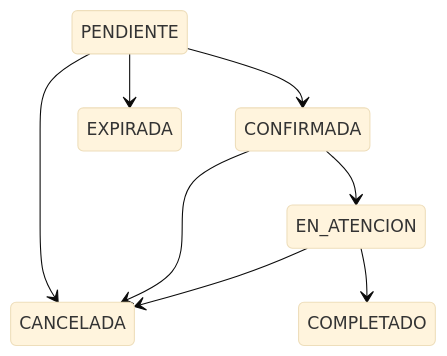
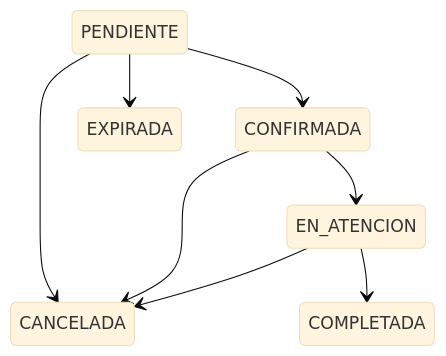
One commit to GuadalupeOroz/TZISCA changed the diagram in docs/diagramas/estados-cita.md. Above: the diagram before and after it, drawn with Mermaid (base theme). The commit also changed other lines of this file and 27 other files, not shown here.

````diff
--- a/docs/diagramas/estados-cita.md
+++ b/docs/diagramas/estados-cita.md
@@ -7,10 +7,10 @@
 ```mermaid
 stateDiagram-v2
     PENDIENTE --> CONFIRMADA
     PENDIENTE --> CANCELADA
     PENDIENTE --> EXPIRADA
     CONFIRMADA --> CANCELADA
     CONFIRMADA --> EN_ATENCION
     EN_ATENCION --> CANCELADA
-    EN_ATENCION --> COMPLETADO
+    EN_ATENCION --> COMPLETADA
 ```
````
